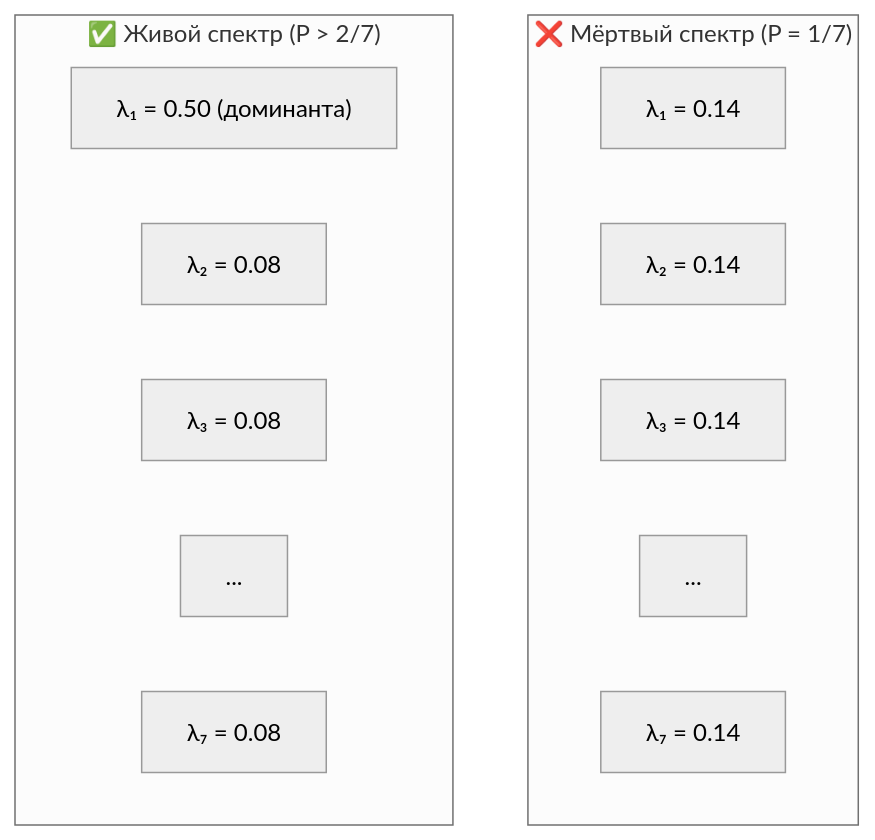
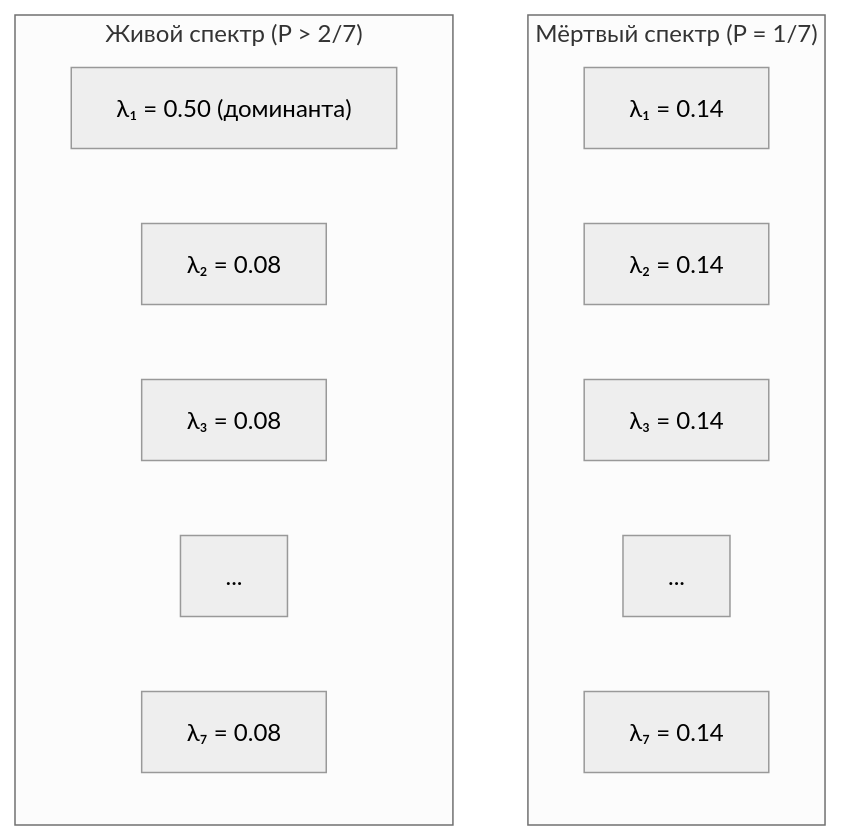
The second of 3 diagrams in website/docs/applied/research/engineering-insights.md (uhm-theory/holon), drawn with Mermaid (neutral theme) before and after one commit. The commit also changed other lines of this file and 175 other files, not shown here.

````diff
--- a/website/docs/applied/research/engineering-insights.md
+++ b/website/docs/applied/research/engineering-insights.md
@@ -168,17 +170,17 @@
 ```mermaid
 graph TD
-    subgraph A["❌ Мёртвый спектр (P = 1/7)"]
+    subgraph A["Мёртвый спектр (P = 1/7)"]
         A1["λ₁ = 0.14"]
         A2["λ₂ = 0.14"]
         A3["λ₃ = 0.14"]
         A4["..."]
         A5["λ₇ = 0.14"]
     end
-    subgraph B["✅ Живой спектр (P > 2/7)"]
+    subgraph B["Живой спектр (P > 2/7)"]
         B1["λ₁ = 0.50 (доминанта)"]
         B2["λ₂ = 0.08"]
         B3["λ₃ = 0.08"]
         B4["..."]
         B5["λ₇ = 0.08"]
     end
 ```
````
